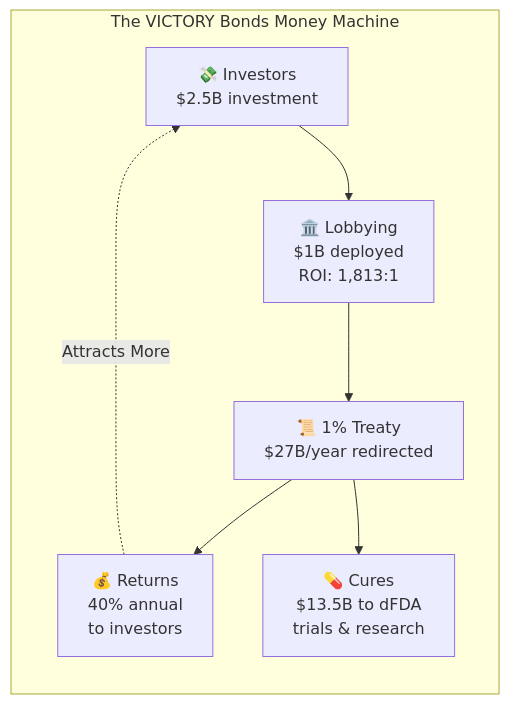
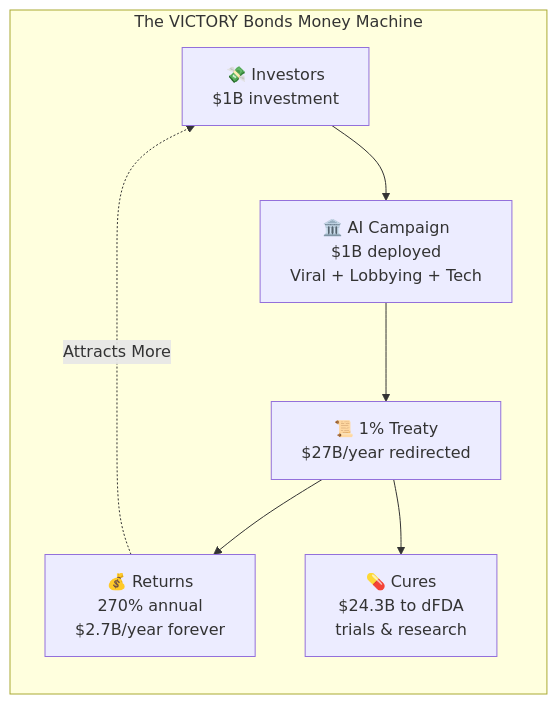
One commit to mikepsinn/disease-eradication-plan changed the sixth of 6 diagrams in index.qmd. Above: the diagram before and after it, drawn with Mermaid. The commit also changed other lines of this file and 3 other files, not shown here.

````diff
--- a/index.qmd
+++ b/index.qmd
@@ -591,20 +592,20 @@
 ```{mermaid}
 flowchart LR
     subgraph "The VICTORY Bonds Money Machine"
-        Investors["💸 Investors<br/>$2.5B investment"]
+        Investors["💸 Investors<br/>$1B investment"]
 
-        Lobbying["🏛️ Lobbying<br/>$1B deployed<br/>ROI: 1,813:1"]
+        Campaign["🏛️ AI Campaign<br/>$1B deployed<br/>Viral + Lobbying + Tech"]
 
         Treaty["📜 1% Treaty<br/>$27B/year redirected"]
 
-        Returns["💰 Returns<br/>40% annual<br/>to investors"]
+        Returns["💰 Returns<br/>270% annual<br/>$2.7B/year forever"]
 
-        Cures["💊 Cures<br/>$13.5B to dFDA<br/>trials & research"]
+        Cures["💊 Cures<br/>$24.3B to dFDA<br/>trials & research"]
     end
 
-    Investors --> Lobbying
-    Lobbying --> Treaty
+    Investors --> Campaign
+    Campaign --> Treaty
     Treaty --> Returns
     Treaty --> Cures
     Returns -.->|"Attracts More"| Investors
 ```
````
